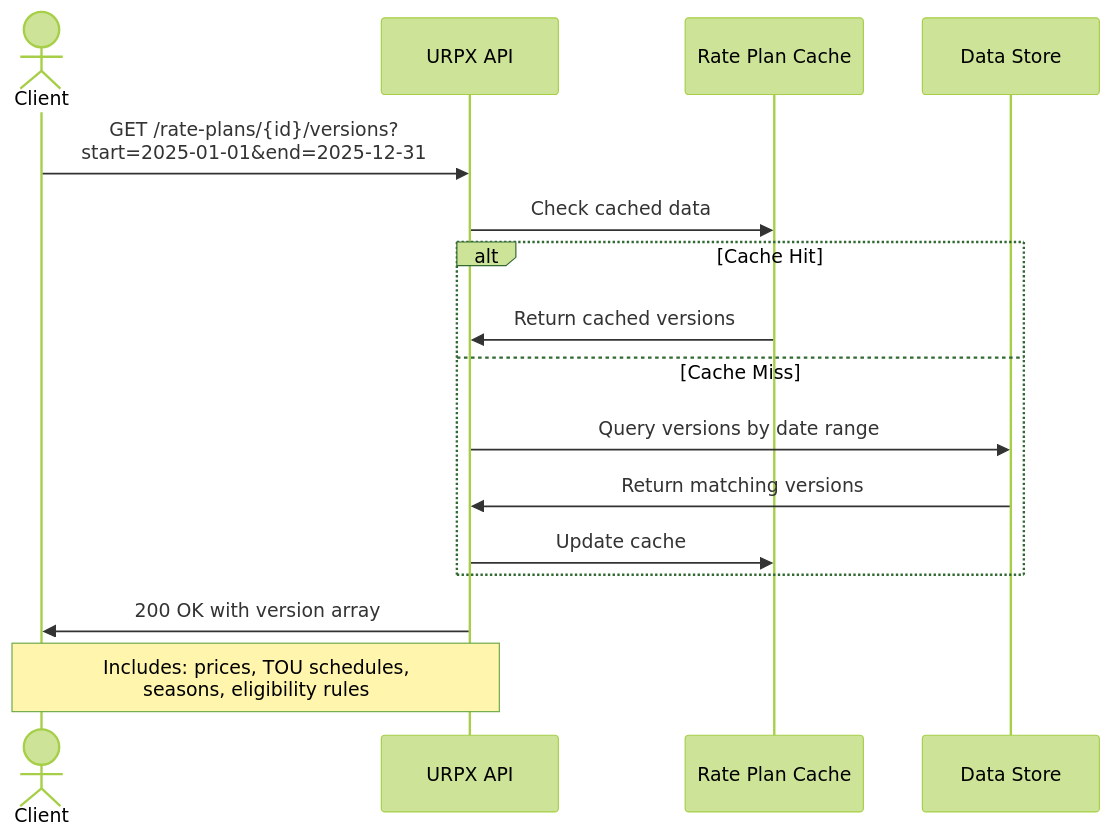
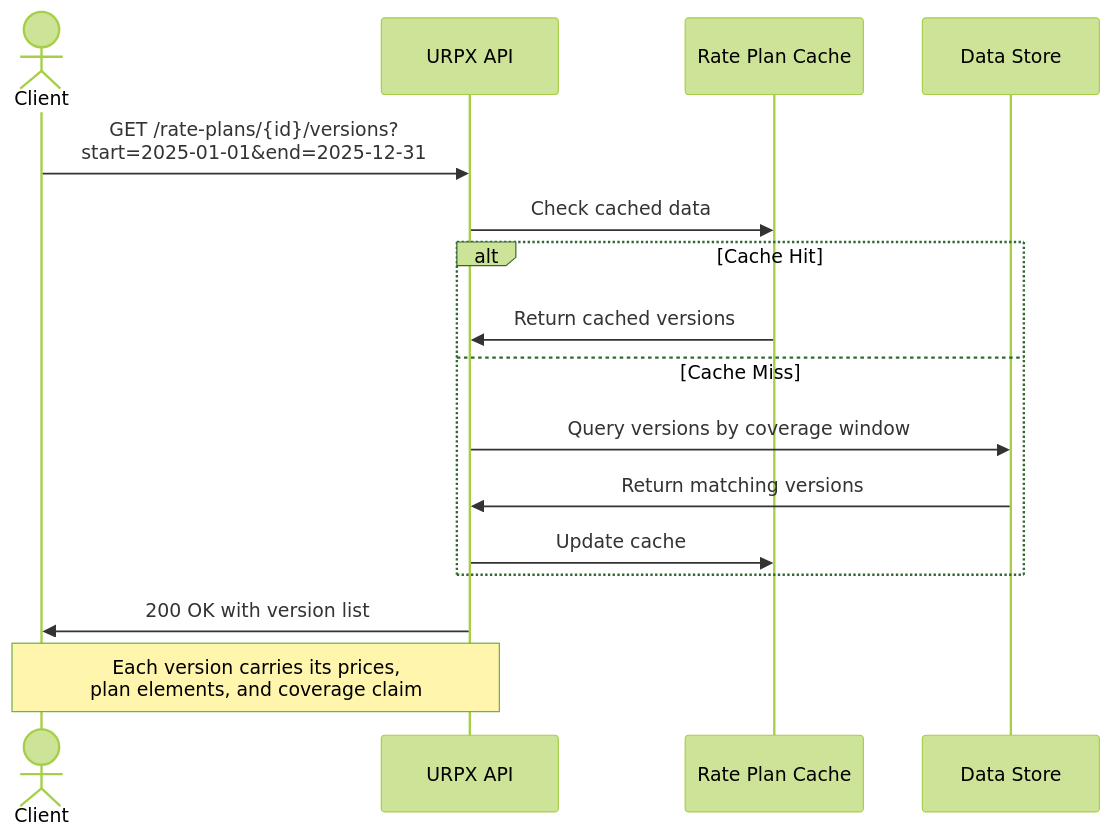
Before and after one commit to urpx-org/urpx: the first of 2 diagrams in documentation/pages/urpx-api-spec.md, drawn with Mermaid (forest theme). The commit also changed other lines of this file and 39 other files, not shown here.

````diff
--- a/documentation/pages/urpx-api-spec.md
+++ b/documentation/pages/urpx-api-spec.md
@@ -97,22 +87,22 @@
 ```mermaid
 sequenceDiagram
     actor Client
     participant API as URPX API
     participant Cache as Rate Plan Cache
     participant Store as Data Store
-    
+
     Client->>API: GET /rate-plans/{id}/versions?<br/>start=2025-01-01&end=2025-12-31
     API->>Cache: Check cached data
-    
+
     alt Cache Hit
         Cache->>API: Return cached versions
     else Cache Miss
-        API->>Store: Query versions by date range
+        API->>Store: Query versions by coverage window
         Store->>API: Return matching versions
         API->>Cache: Update cache
     end
-    
-    API->>Client: 200 OK with version array
-    
-    Note over Client,API: Includes: prices, TOU schedules,<br/>seasons, eligibility rules
+
+    API->>Client: 200 OK with version list
+
+    Note over Client,API: Each version carries its prices,<br/>plan elements, and coverage claim
 ```
````
